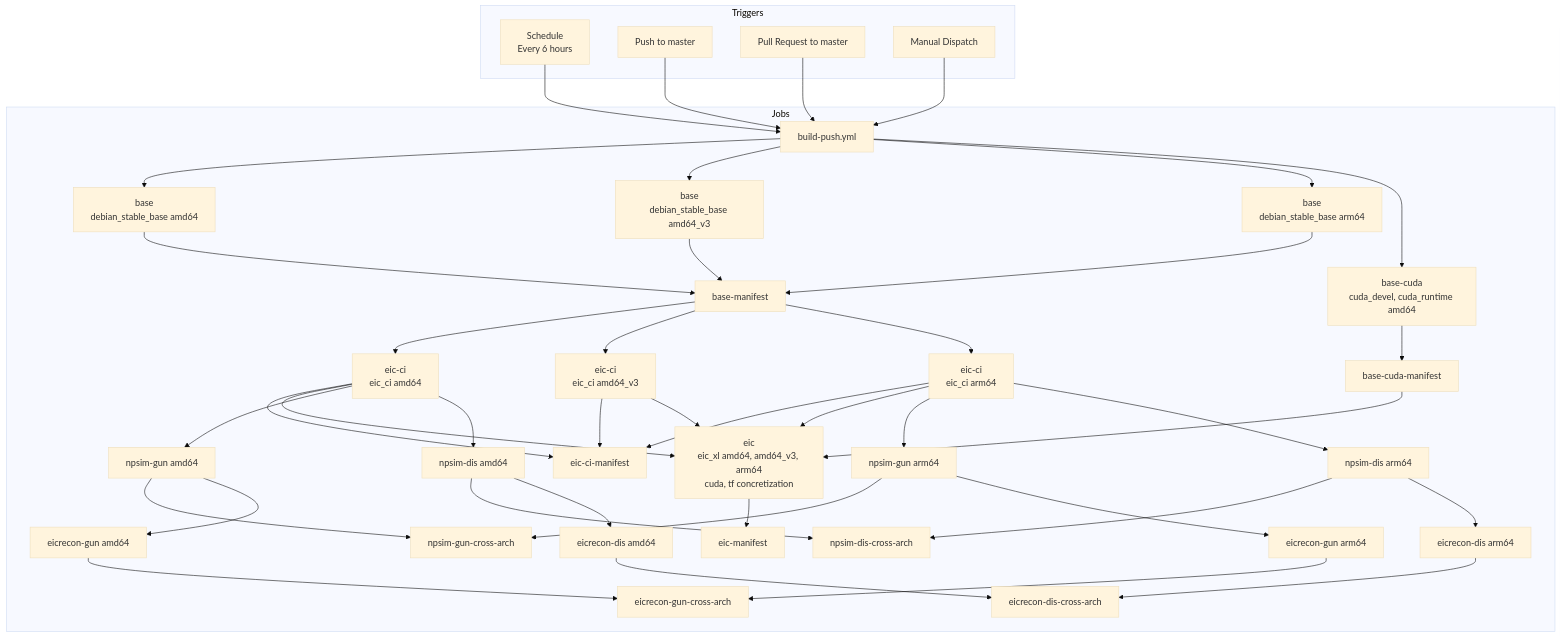
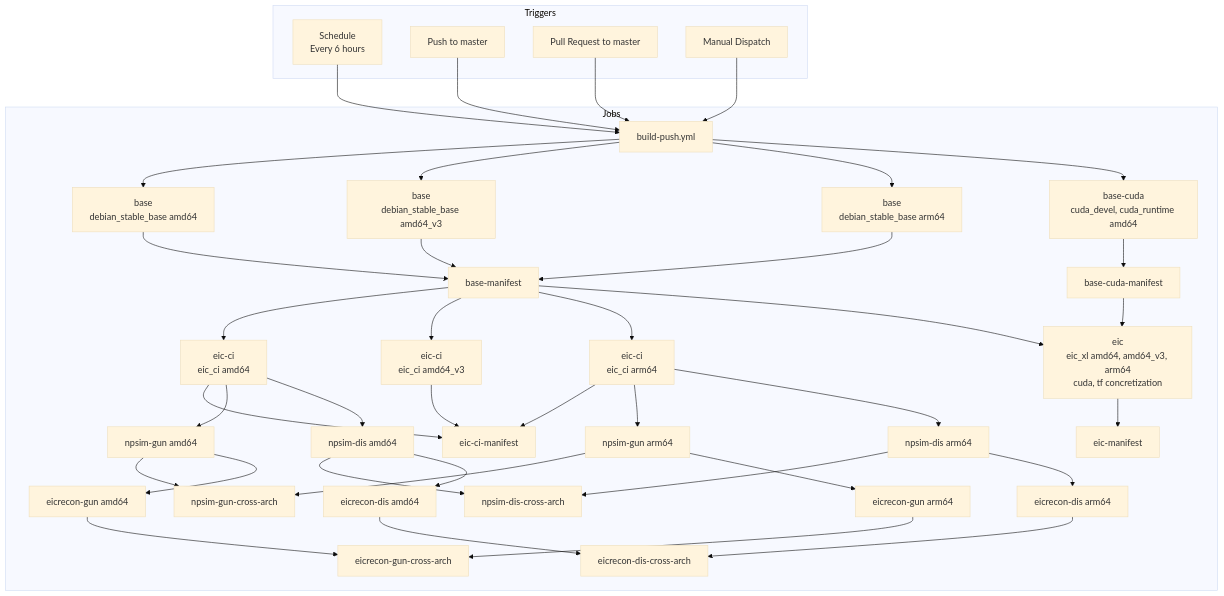
Before and after one commit to eic/containers: the first of 4 diagrams in docs/build-pipeline.md, drawn with Mermaid (base theme). The commit also changed other lines of this file and 2 other files, not shown here.

Commit message:
ci(github): eic needs only the base manifests, not eic-ci
As on GitLab, the eic job (eic_xl, and the cuda/tf concretization) now
needs only env, base-manifest and base-cuda-manifest.  It no longer waits
for the eic-ci builds and runs in parallel with them; nothing in eic uses
outputs of eic-ci.  This removes one of the remaining differences between
the GitHub Actions and GitLab pipelines.

docs/build-pipeline.md (job graph, remaining differences) and AGENTS.md
(job flow) are updated.

Claude-Session: https://claude.ai/code/session_019qEz4vCZUkz3xKJYKfcaaf

````diff
--- a/docs/build-pipeline.md
+++ b/docs/build-pipeline.md
@@ -16,43 +16,43 @@
 ```mermaid
 flowchart TB
     subgraph "Triggers"
         T1[Schedule<br/>Every 6 hours]
         T2[Push to master]
         T3[Pull Request to master]
         T4[Manual Dispatch]
     end
 
     T1 & T2 & T3 & T4 --> W[build-push.yml]
 
     subgraph "Jobs"
         W --> B1[base<br/>debian_stable_base amd64]
         W --> B0[base<br/>debian_stable_base amd64_v3]
         W --> B2[base<br/>debian_stable_base arm64]
         W --> BC[base-cuda<br/>cuda_devel, cuda_runtime amd64]
         B1 & B0 & B2 --> BM[base-manifest]
         BC --> BCM[base-cuda-manifest]
         BM --> E1[eic-ci<br/>eic_ci amd64]
         BM --> E0[eic-ci<br/>eic_ci amd64_v3]
         BM --> E2[eic-ci<br/>eic_ci arm64]
         E1 & E0 & E2 --> ECM[eic-ci-manifest]
-        E1 & E0 & E2 & BCM --> E3[eic<br/>eic_xl amd64, amd64_v3, arm64<br/>cuda, tf concretization]
+        BM & BCM --> E3[eic<br/>eic_xl amd64, amd64_v3, arm64<br/>cuda, tf concretization]
         E3 --> EM[eic-manifest]
 
         %% Parallel smoke test execution
         E1 --> N1[npsim-gun amd64]
         E2 --> N2[npsim-gun arm64]
         E1 --> D1[npsim-dis amd64]
         E2 --> D2[npsim-dis arm64]
 
         N1 & N2 --> NC[npsim-gun-cross-arch]
         D1 & D2 --> DC[npsim-dis-cross-arch]
 
         N1 --> R1[eicrecon-gun amd64]
         N2 --> R2[eicrecon-gun arm64]
         D1 --> RD1[eicrecon-dis amd64]
         D2 --> RD2[eicrecon-dis arm64]
 
         R1 & R2 --> RC[eicrecon-gun-cross-arch]
         RD1 & RD2 --> RDC[eicrecon-dis-cross-arch]
     end
 ```
````
